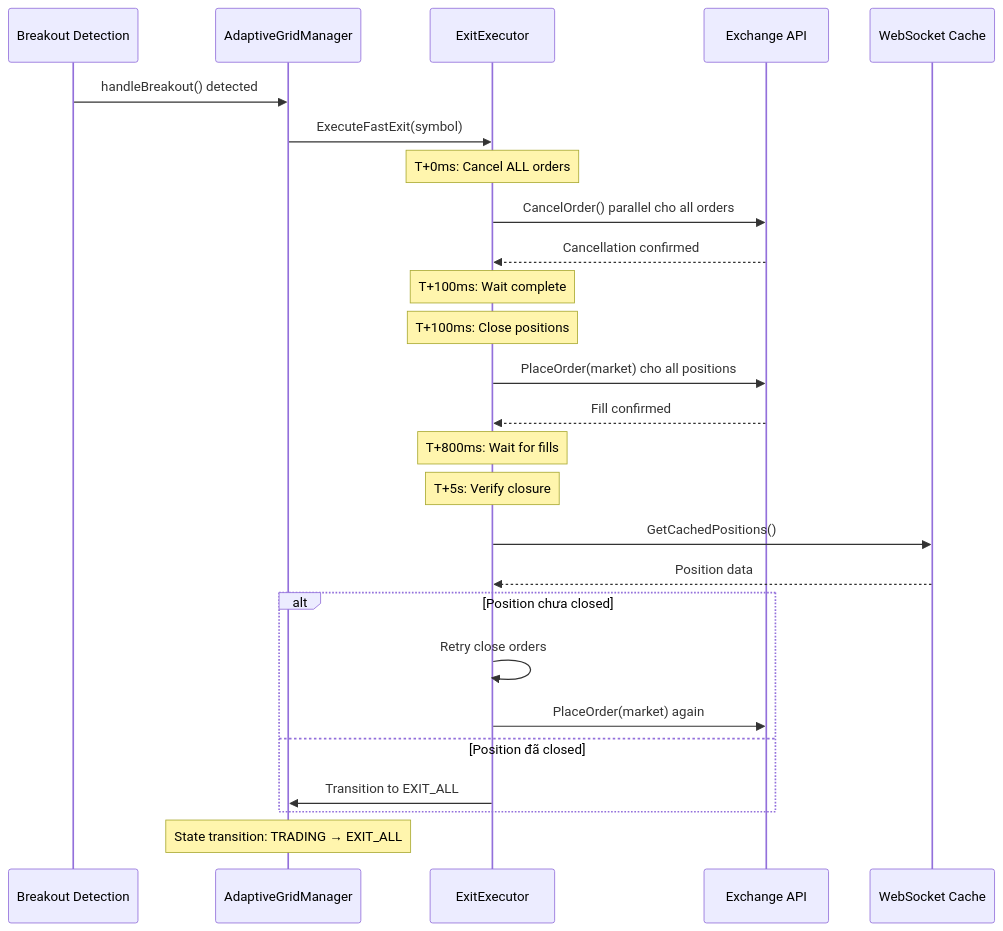
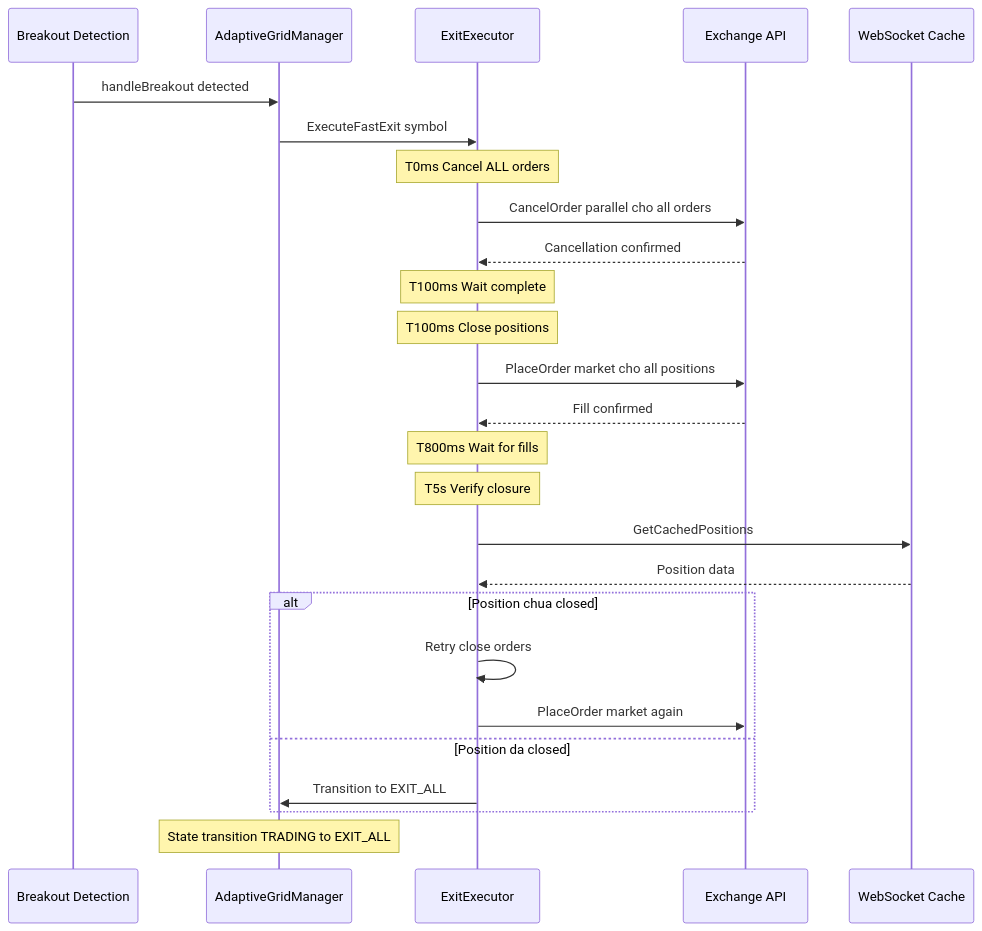
The fourth of 19 diagrams in AGENTIC_TRADING_NGHIEP_VU.md (baolongdinh/aster-perp-trading), drawn with Mermaid before and after one commit. The commit also changed other lines of this file and 12 other files, not shown here.

````diff
--- a/AGENTIC_TRADING_NGHIEP_VU.md
+++ b/AGENTIC_TRADING_NGHIEP_VU.md
@@ -215,34 +206,34 @@
 ```mermaid
 sequenceDiagram
     participant BD as Breakout Detection
     participant AE as AdaptiveGridManager
     participant EE as ExitExecutor
     participant API as Exchange API
     participant WS as WebSocket Cache
 
-    BD->>AE: handleBreakout() detected
-    AE->>EE: ExecuteFastExit(symbol)
+    BD->>AE: handleBreakout detected
+    AE->>EE: ExecuteFastExit symbol
 
-    Note over EE: T+0ms: Cancel ALL orders
-    EE->>API: CancelOrder() parallel cho all orders
+    Note over EE: T0ms Cancel ALL orders
+    EE->>API: CancelOrder parallel cho all orders
     API-->>EE: Cancellation confirmed
-    Note over EE: T+100ms: Wait complete
+    Note over EE: T100ms Wait complete
 
-    Note over EE: T+100ms: Close positions
-    EE->>API: PlaceOrder(market) cho all positions
+    Note over EE: T100ms Close positions
+    EE->>API: PlaceOrder market cho all positions
     API-->>EE: Fill confirmed
-    Note over EE: T+800ms: Wait for fills
+    Note over EE: T800ms Wait for fills
 
-    Note over EE: T+5s: Verify closure
-    EE->>WS: GetCachedPositions()
+    Note over EE: T5s Verify closure
+    EE->>WS: GetCachedPositions
     WS-->>EE: Position data
 
-    alt Position chưa closed
+    alt Position chua closed
         EE->>EE: Retry close orders
-        EE->>API: PlaceOrder(market) again
-    else Position đã closed
+        EE->>API: PlaceOrder market again
+    else Position da closed
         EE->>AE: Transition to EXIT_ALL
     end
 
-    Note over AE: State transition: TRADING → EXIT_ALL
+    Note over AE: State transition TRADING to EXIT_ALL
 ```
````
